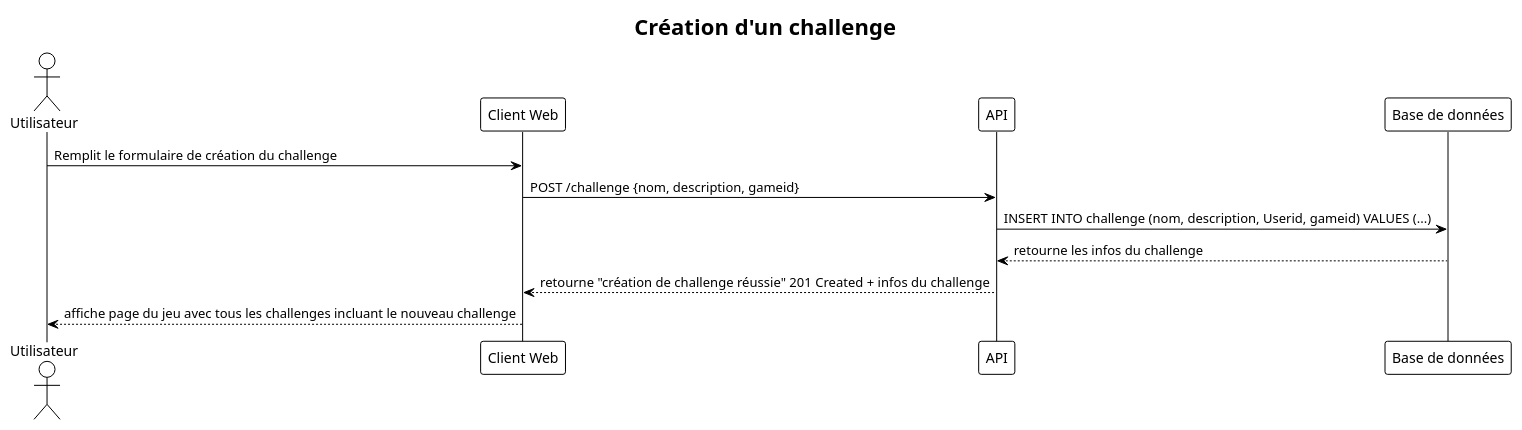
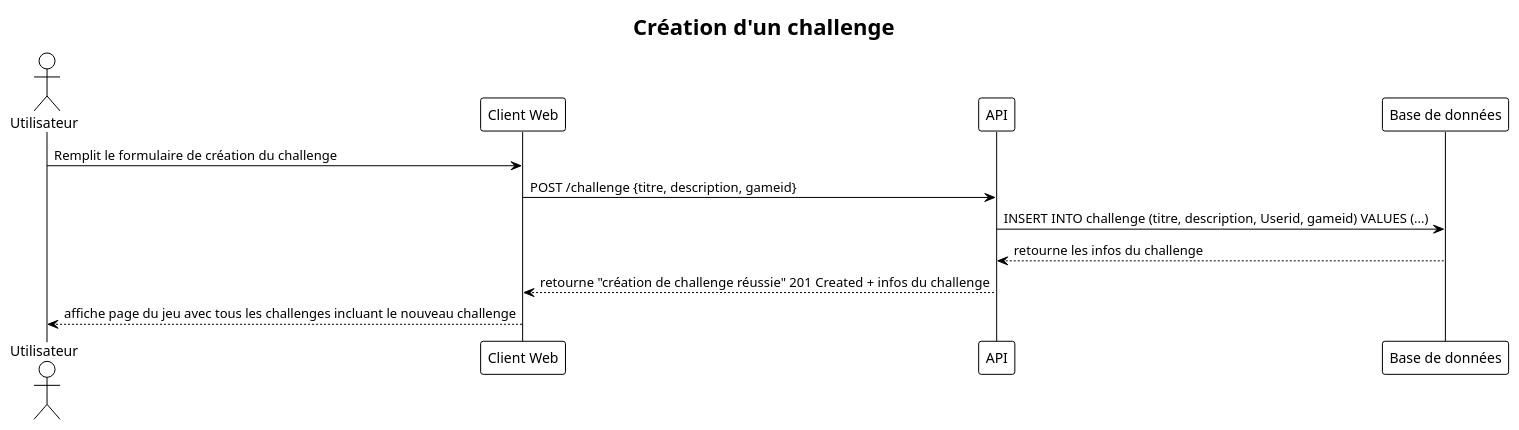
Before and after one commit to lesliebigot/game-challenge-platform: the diagram in Docs/Conception/Diagrammes/seqDiag1.puml, drawn with PlantUML.

Commit message:
Update sequence diagram for challenge creation process

```diff
--- a/Docs/Conception/Diagrammes/seqDiag1.puml
+++ b/Docs/Conception/Diagrammes/seqDiag1.puml
@@ -1,17 +1,17 @@
 @startuml
 !theme plain
 title Création d'un challenge
 
 actor "Utilisateur" as User
 participant "Client Web" as Front
 participant "API" as Back
 participant "Base de données" as BDD
 
 User -> Front : Remplit le formulaire de création du challenge
-Front -> Back : POST /challenge {nom, description, gameid}
-Back -> BDD : INSERT INTO challenge (nom, description, Userid, gameid) VALUES (...)
+Front -> Back : POST /challenge {titre, description, gameid}
+Back -> BDD : INSERT INTO challenge (titre, description, Userid, gameid) VALUES (...)
 BDD --> Back : retourne les infos du challenge
 Back --> Front : retourne "création de challenge réussie" 201 Created + infos du challenge
 Front --> User : affiche page du jeu avec tous les challenges incluant le nouveau challenge
 
 @enduml
```
